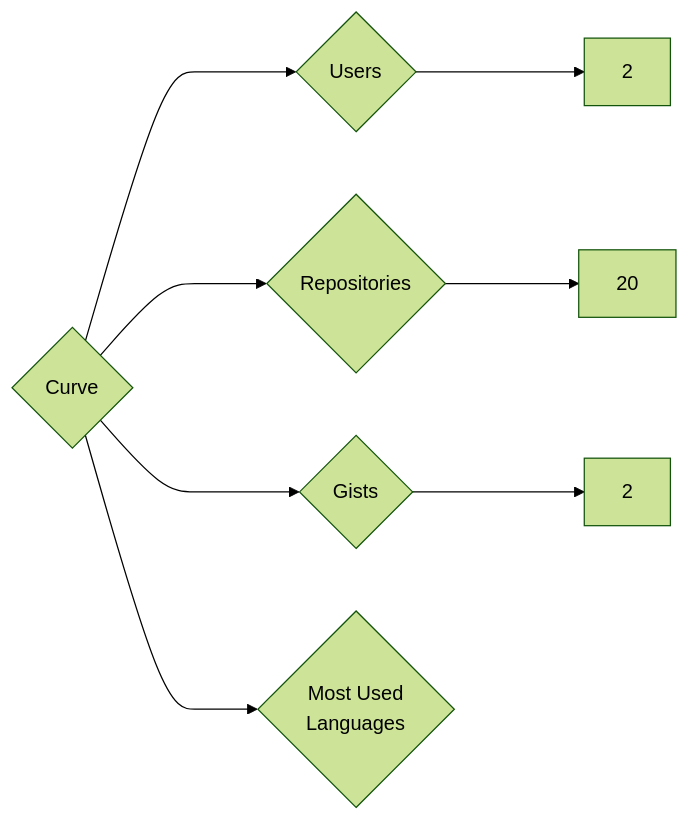
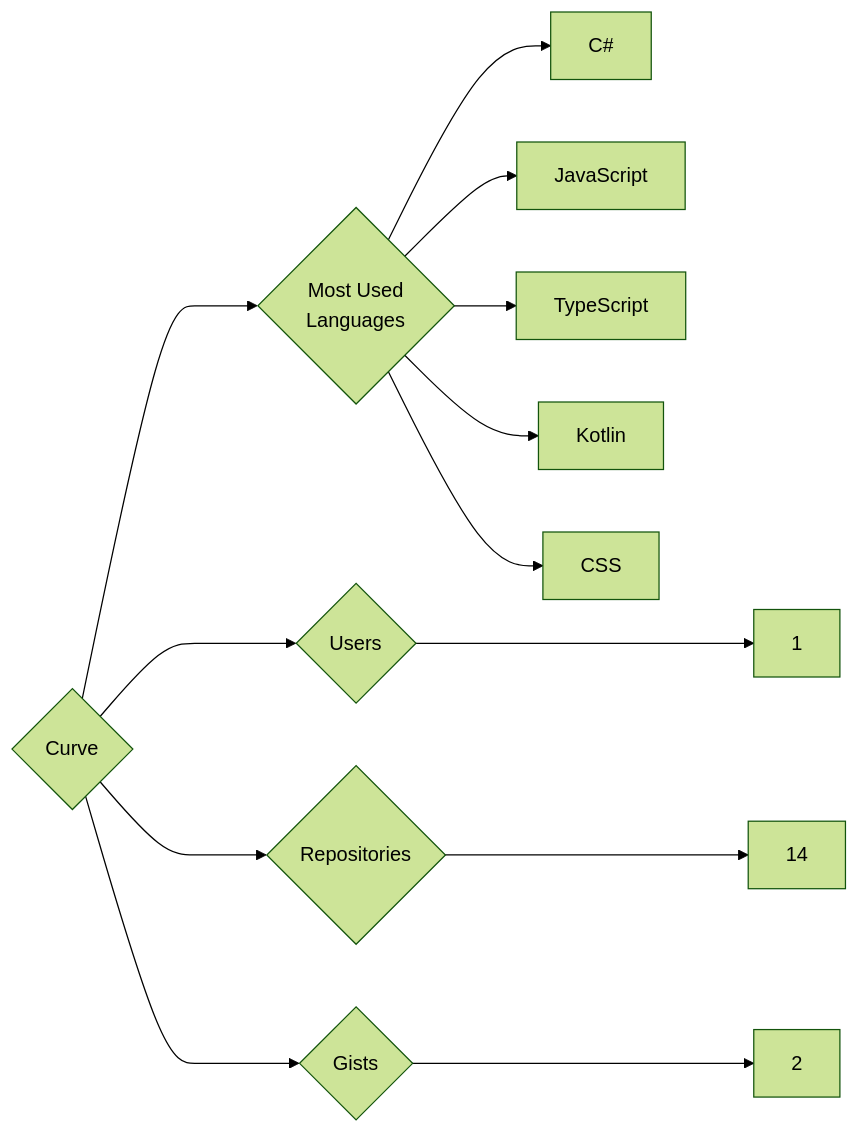
Before and after one commit to trickest/insiders: the diagram in targets/Curve/README.md, drawn with Mermaid (forest theme). The commit also changed 916 other files, not shown here.

````diff
--- a/targets/Curve/README.md
+++ b/targets/Curve/README.md
@@ -3,8 +3,13 @@
 ```mermaid
 graph LR
 COMPANY_NAME{Curve}
-COMPANY_NAME ---> U{Users} ---> UN[2]
-COMPANY_NAME ---> R{Repositories} ---> RN[20]
+COMPANY_NAME ---> U{Users} ---> UN[1]
+COMPANY_NAME ---> R{Repositories} ---> RN[14]
 COMPANY_NAME ---> G{Gists} ---> GN[2]
 COMPANY_NAME ---> ML{Most Used<br>Languages}
+ML --> C#[C#]
+ML --> JavaScript[JavaScript]
+ML --> TypeScript[TypeScript]
+ML --> Kotlin[Kotlin]
+ML --> CSS[CSS]
 ```
````
